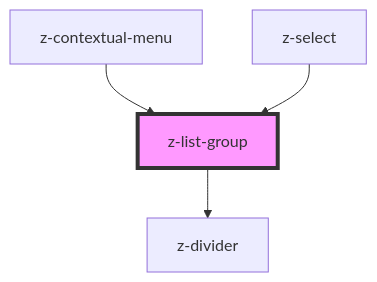
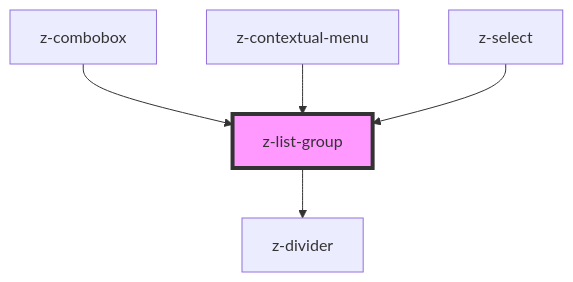
The diagram in src/components/list/z-list-group/readme.md (ZanichelliEditore/design-system), drawn with Mermaid before and after one commit. The commit also changed other lines of this file and 4 other files, not shown here.

````diff
--- a/src/components/list/z-list-group/readme.md
+++ b/src/components/list/z-list-group/readme.md
@@ -29,7 +30,8 @@
 ```mermaid
 graph TD;
   z-list-group --> z-divider
+  z-combobox --> z-list-group
   z-contextual-menu --> z-list-group
   z-select --> z-list-group
   style z-list-group fill:#f9f,stroke:#333,stroke-width:4px
 ```
````
